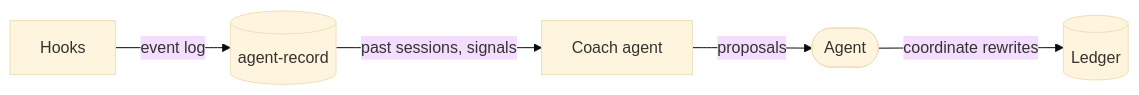
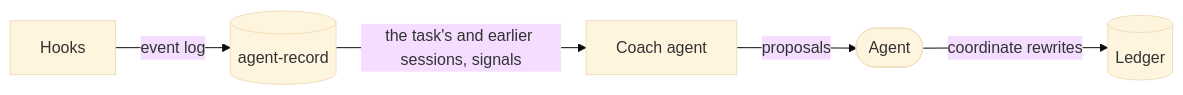
Before and after one commit to cniska/agent-skills: the second of 3 diagrams in docs/plugin.md, drawn with Mermaid (base theme). The commit also changed 8 other files, not shown here.

````diff
--- a/docs/plugin.md
+++ b/docs/plugin.md
@@ -21,7 +21,7 @@
 ```mermaid
 flowchart LR
   agent(["Agent"]) -- "coordinate rewrites" --> ledger[("Ledger")]
   hook["Hooks"] -- "event log" --> rec[("agent-record")]
-  rec -- "past sessions, signals" --> coach["Coach agent"]
+  rec -- "the task's and earlier sessions, signals" --> coach["Coach agent"]
   coach -- "proposals" --> agent
 ```
````
